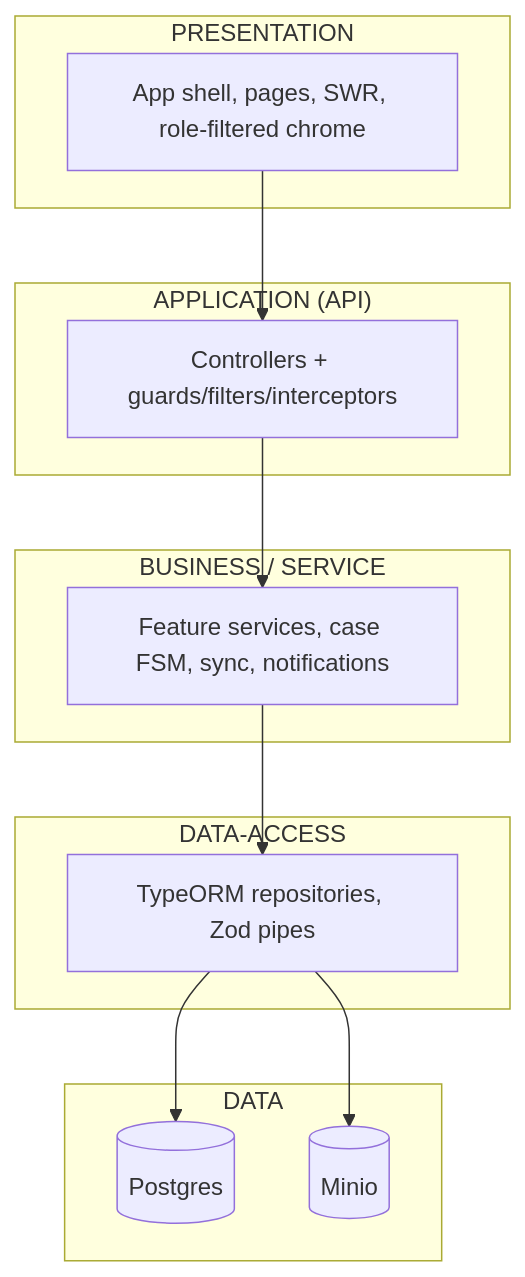
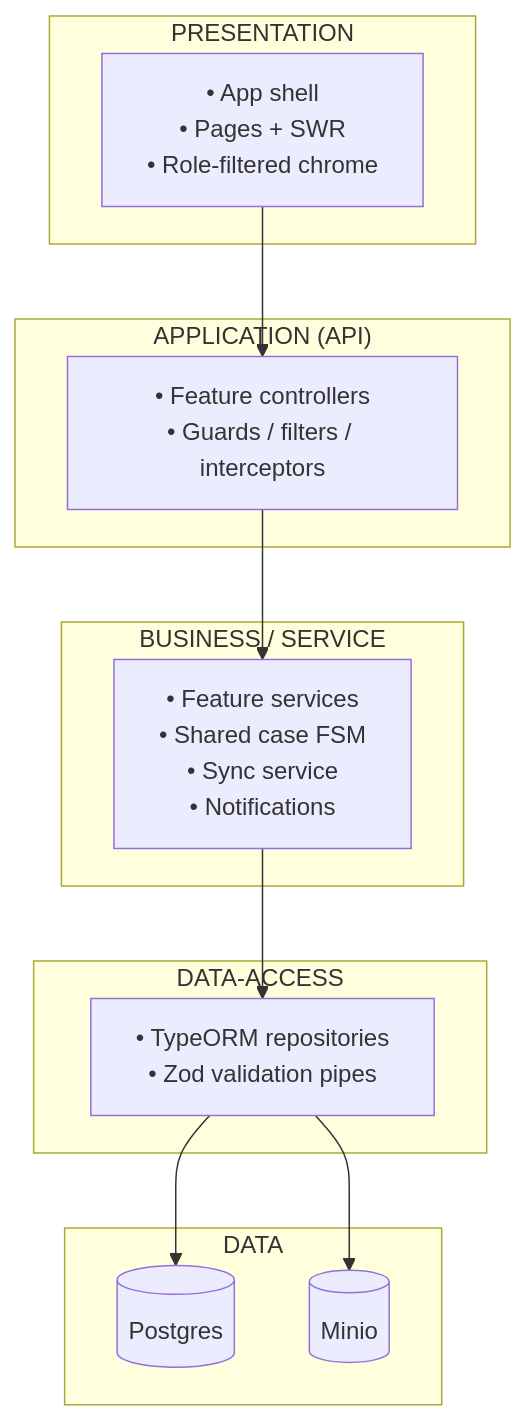
One commit to urlsalimbot/THESIS1-KAPWA changed the first of 3 diagrams in docs/diagrams/08-system-architecture.md. Above: the diagram before and after it, drawn with Mermaid. The commit also changed other lines of this file, not shown here.

Commit message:
docs: bullet the contents of architecture diagram boxes

````diff
--- a/docs/diagrams/08-system-architecture.md
+++ b/docs/diagrams/08-system-architecture.md
@@ -39,30 +39,30 @@
 ```mermaid
 flowchart TB
     subgraph P["PRESENTATION"]
-        App["App shell, pages, SWR, role-filtered chrome"]
+        App["• App shell<br/>• Pages + SWR<br/>• Role-filtered chrome"]
     end
 
     subgraph A["APPLICATION (API)"]
-        Ctrl["Controllers + guards/filters/interceptors"]
+        Ctrl["• Feature controllers<br/>• Guards / filters / interceptors"]
     end
 
     subgraph B["BUSINESS / SERVICE"]
-        Svc["Feature services, case FSM, sync, notifications"]
+        Svc["• Feature services<br/>• Shared case FSM<br/>• Sync service<br/>• Notifications"]
     end
 
     subgraph D["DATA-ACCESS"]
-        Repo["TypeORM repositories, Zod pipes"]
+        Repo["• TypeORM repositories<br/>• Zod validation pipes"]
     end
 
     subgraph D2["DATA"]
         DB[("Postgres")]
         MO[("Minio")]
     end
 
     App --> Ctrl
     Ctrl --> Svc
     Svc --> Repo
     Repo --> DB
     Repo --> MO
 
 ```
````
